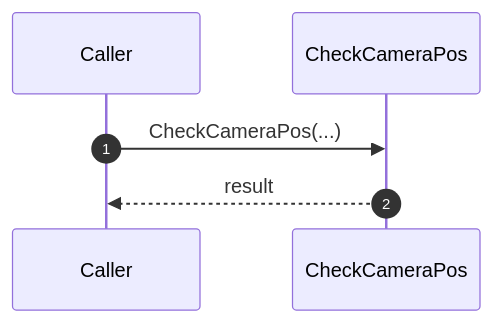
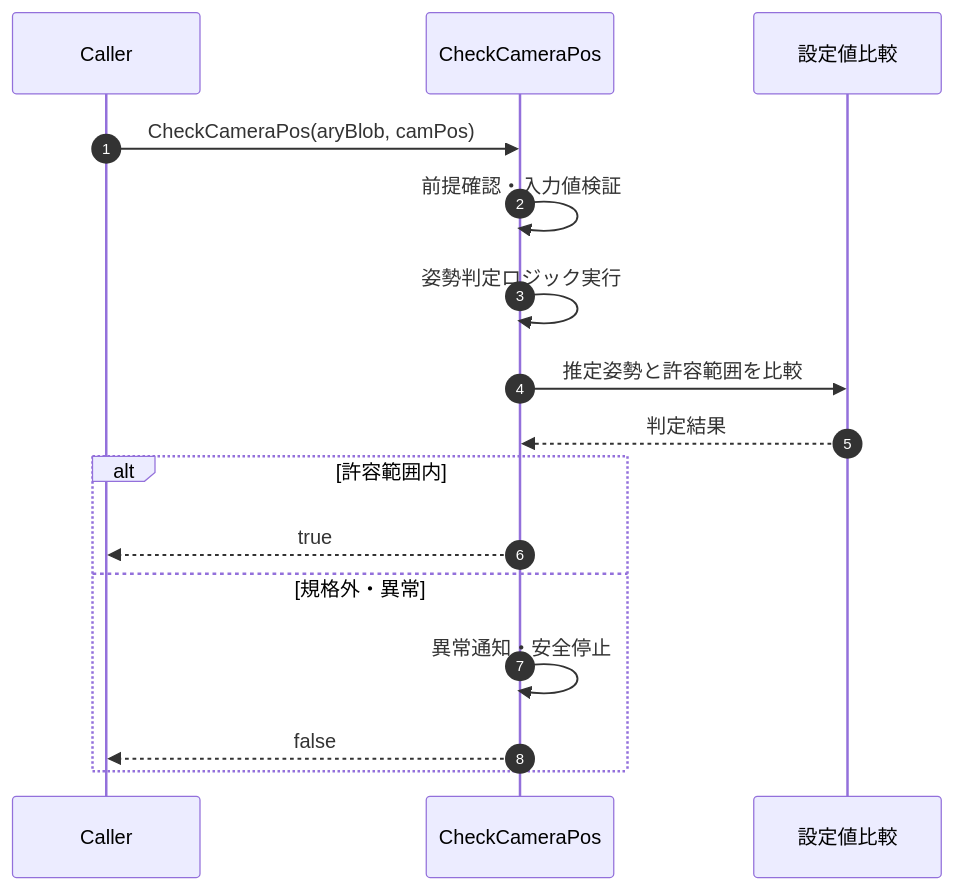
One commit to HottaTakayuki/ColorAlignmentSoftware changed the fourth of 21 diagrams in docs/UfCamera_詳細設計書/08_メソッド仕様/08-5_連携モジュールメソッド/08-5-3_計測_表示_入出力連携.md. Above: the diagram before and after it, drawn with Mermaid. The commit also changed other lines of this file and 30 other files, not shown here.

````diff
--- a/docs/UfCamera_詳細設計書/08_メソッド仕様/08-5_連携モジュールメソッド/08-5-3_計測_表示_入出力連携.md
+++ b/docs/UfCamera_詳細設計書/08_メソッド仕様/08-5_連携モジュールメソッド/08-5-3_計測_表示_入出力連携.md
@@ -241,9 +274,18 @@
 ```mermaid
 sequenceDiagram
     autonumber
     participant CALLER as Caller
     participant M as CheckCameraPos
 
-    CALLER->>M: CheckCameraPos(...)
-    M-->>CALLER: result
+    CALLER->>M: CheckCameraPos(aryBlob, camPos)
+    M->>M: 前提確認・入力値検証
+    M->>M: 姿勢判定ロジック実行
+    M->>設定値比較: 推定姿勢と許容範囲を比較
+    設定値比較-->>M: 判定結果
+    alt 許容範囲内
+        M-->>CALLER: true
+    else 規格外・異常
+        M->>M: 異常通知・安全停止
+        M-->>CALLER: false
+    end
 ```
````
